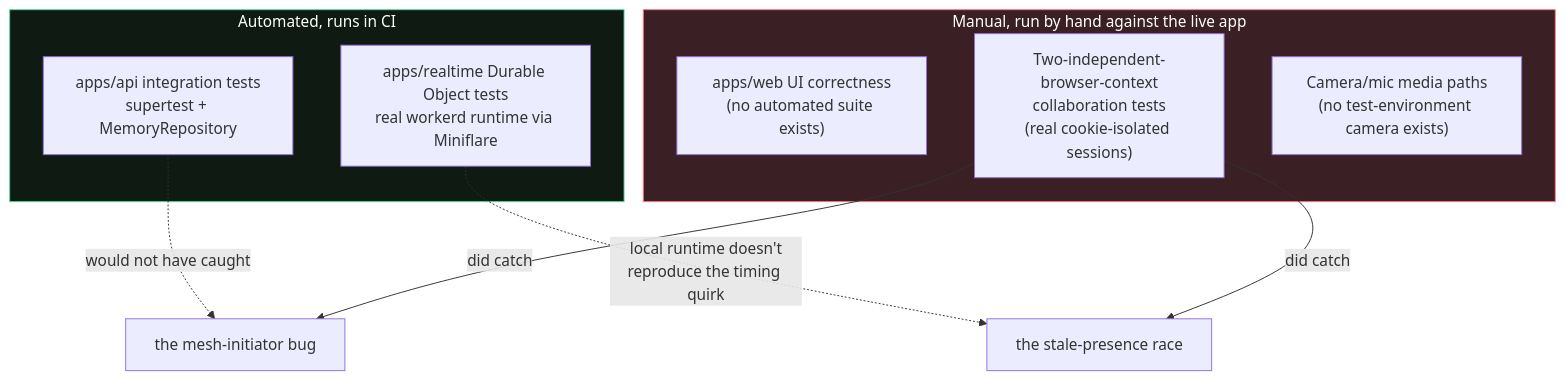
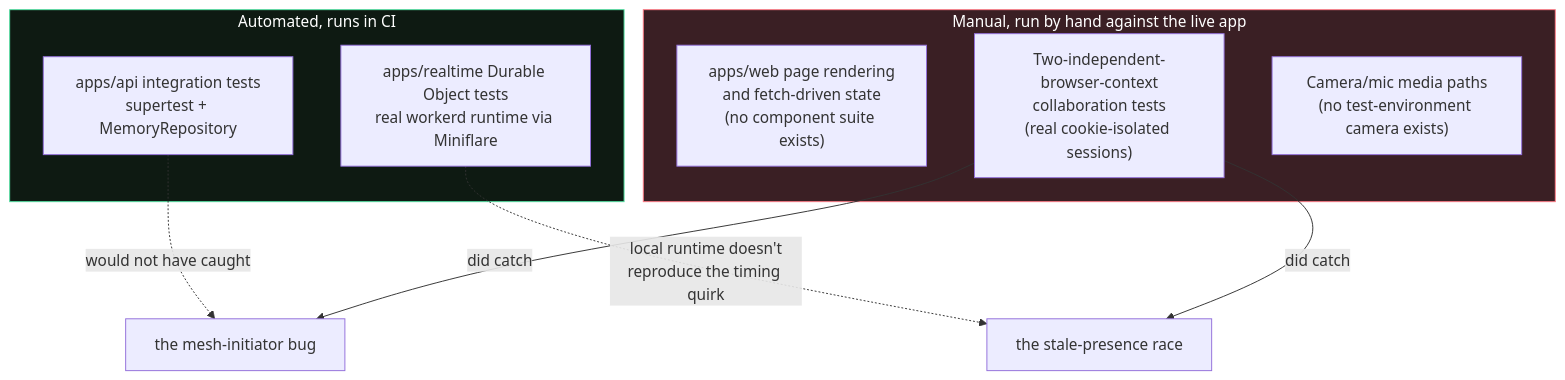
One commit to hoangsonww/Threadline-RealTime-Collab changed the second of 3 diagrams in docs/testing.md. Above: the diagram before and after it, drawn with Mermaid. The commit also changed other lines of this file and 7 other files, not shown here.

````diff
--- a/docs/testing.md
+++ b/docs/testing.md
@@ -99,19 +99,19 @@
 ```mermaid
 flowchart TB
     subgraph automated["Automated, runs in CI"]
         api["apps/api integration tests<br/>supertest + MemoryRepository"]
         rt["apps/realtime Durable Object tests<br/>real workerd runtime via Miniflare"]
     end
     subgraph manual["Manual, run by hand against the live app"]
-        web["apps/web UI correctness<br/>(no automated suite exists)"]
+        web["apps/web page rendering<br/>and fetch-driven state<br/>(no component suite exists)"]
         twoCtx["Two-independent-browser-context<br/>collaboration tests<br/>(real cookie-isolated sessions)"]
         media["Camera/mic media paths<br/>(no test-environment camera exists)"]
     end
     api -.->|"would not have caught"| gap1["the mesh-initiator bug"]
     rt -.->|"local runtime doesn't<br/>reproduce the timing quirk"| gap2["the stale-presence race"]
     twoCtx -->|"did catch"| gap1
     twoCtx -->|"did catch"| gap2
 
     style automated fill:#0e1a12,stroke:#52e0a2,color:#fff
     style manual fill:#3a1f24,stroke:#ff7b85,color:#fff
 ```
````
